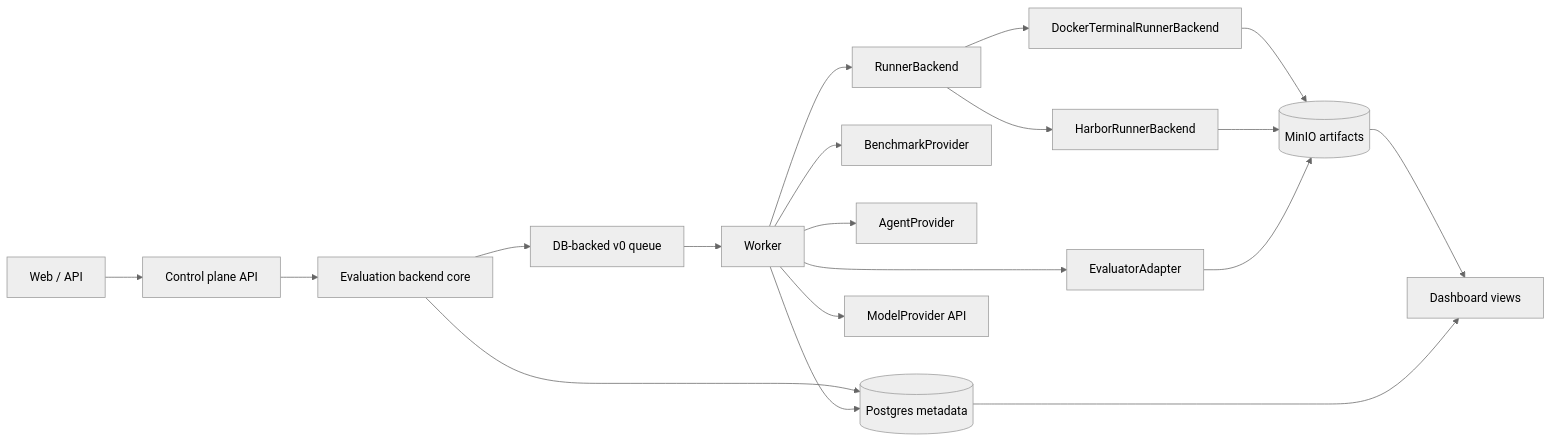
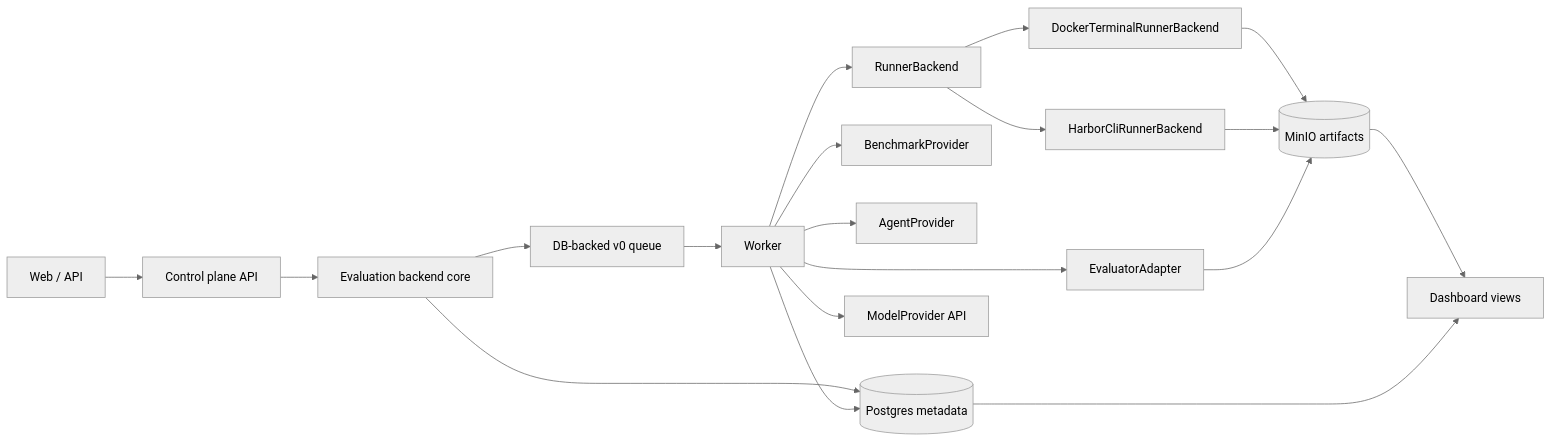
Before and after one commit to qianyi-sun/loom: the third of 3 diagrams in README.md, drawn with Mermaid (neutral theme). The commit also changed other lines of this file and 8 other files, not shown here.

````diff
--- a/README.md
+++ b/README.md
@@ -90,21 +90,21 @@
 ```mermaid
 flowchart LR
     UI["Web / API"] --> API["Control plane API"]
     API --> Core["Evaluation backend core"]
     Core --> DB[("Postgres metadata")]
     Core --> Queue["DB-backed v0 queue"]
     Queue --> Worker["Worker"]
     Worker --> Benchmark["BenchmarkProvider"]
     Worker --> Agent["AgentProvider"]
     Worker --> Runner["RunnerBackend"]
     Worker --> Model["ModelProvider API"]
     Worker --> Eval["EvaluatorAdapter"]
     Runner --> Sandbox["DockerTerminalRunnerBackend"]
-    Runner --> Harbor["HarborRunnerBackend"]
+    Runner --> Harbor["HarborCliRunnerBackend"]
     Sandbox --> Store[("MinIO artifacts")]
     Harbor --> Store
     Eval --> Store
     Worker --> DB
     Store --> Dashboard["Dashboard views"]
     DB --> Dashboard
 ```
````
